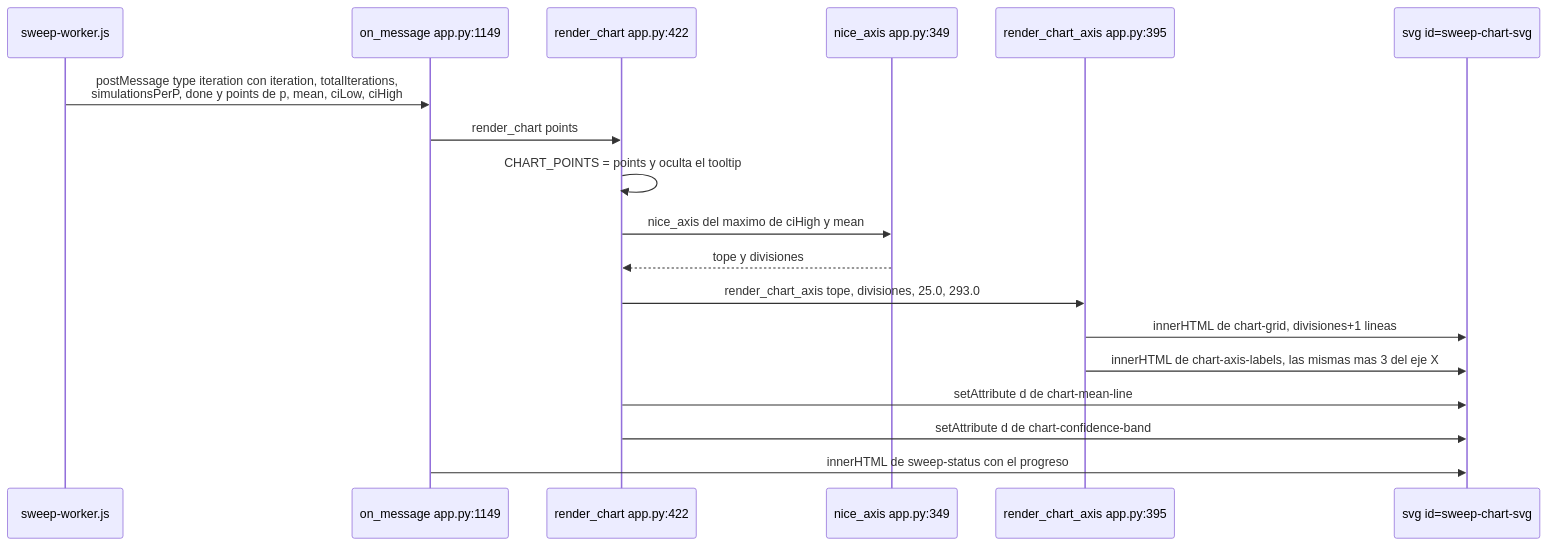
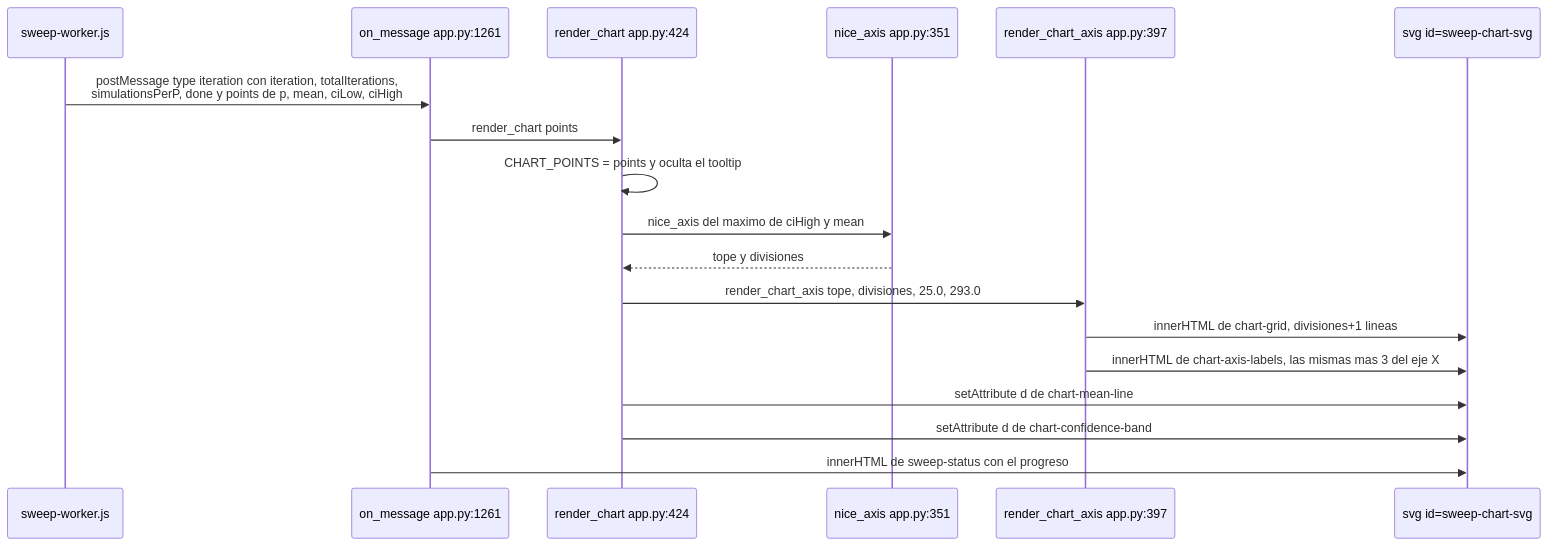
The sixth of 6 diagrams in docs/03-interfaz.md (Rou-uu/consenso-simulador), drawn with Mermaid before and after one commit. The commit also changed other lines of this file and 14 other files, not shown here.

````diff
--- a/docs/03-interfaz.md
+++ b/docs/03-interfaz.md
@@ -464,21 +464,21 @@
 ```mermaid
 sequenceDiagram
     participant W as sweep-worker.js
-    participant OM as on_message app.py:1149
-    participant RC as render_chart app.py:422
-    participant NA as nice_axis app.py:349
-    participant RA as render_chart_axis app.py:395
+    participant OM as on_message app.py:1261
+    participant RC as render_chart app.py:424
+    participant NA as nice_axis app.py:351
+    participant RA as render_chart_axis app.py:397
     participant SVG as svg id=sweep-chart-svg
 
     W->>OM: postMessage type iteration con iteration, totalIterations,<br/>simulationsPerP, done y points de p, mean, ciLow, ciHigh
     OM->>RC: render_chart points
     RC->>RC: CHART_POINTS = points y oculta el tooltip
     RC->>NA: nice_axis del maximo de ciHigh y mean
     NA-->>RC: tope y divisiones
     RC->>RA: render_chart_axis tope, divisiones, 25.0, 293.0
     RA->>SVG: innerHTML de chart-grid, divisiones+1 lineas
     RA->>SVG: innerHTML de chart-axis-labels, las mismas mas 3 del eje X
     RC->>SVG: setAttribute d de chart-mean-line
     RC->>SVG: setAttribute d de chart-confidence-band
     OM->>SVG: innerHTML de sweep-status con el progreso
 ```
````
